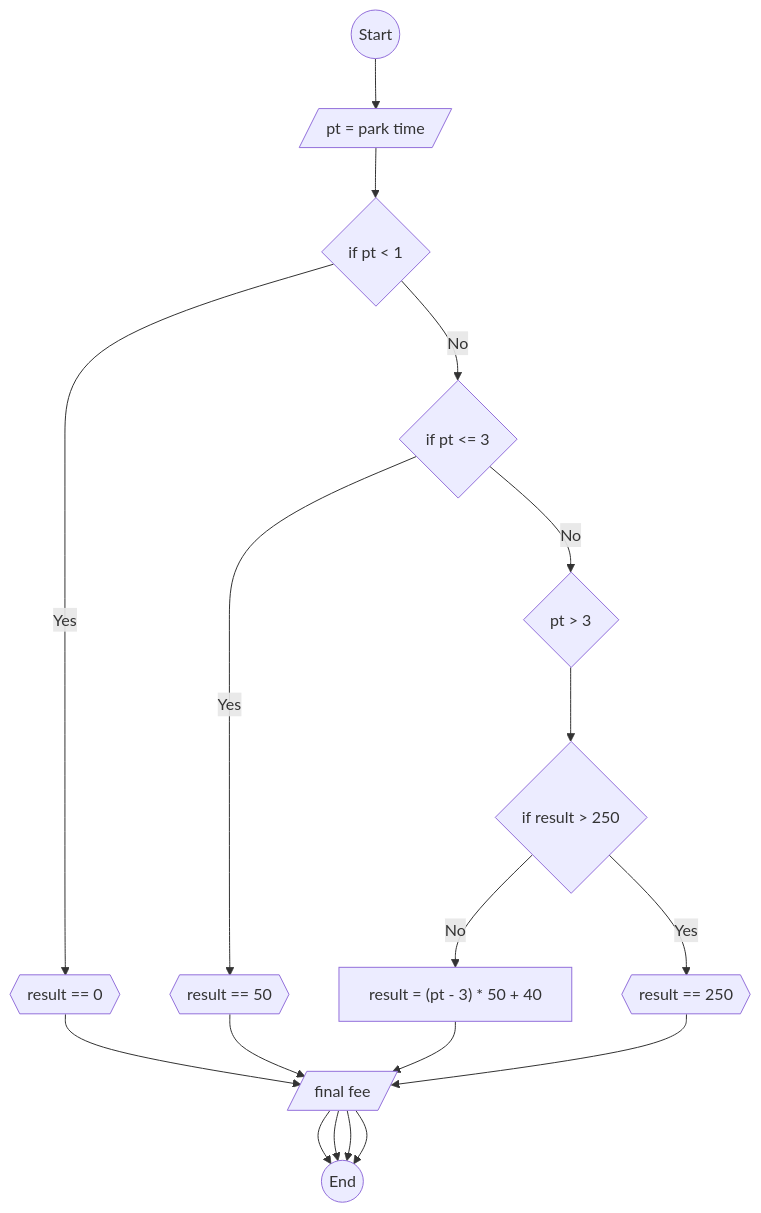
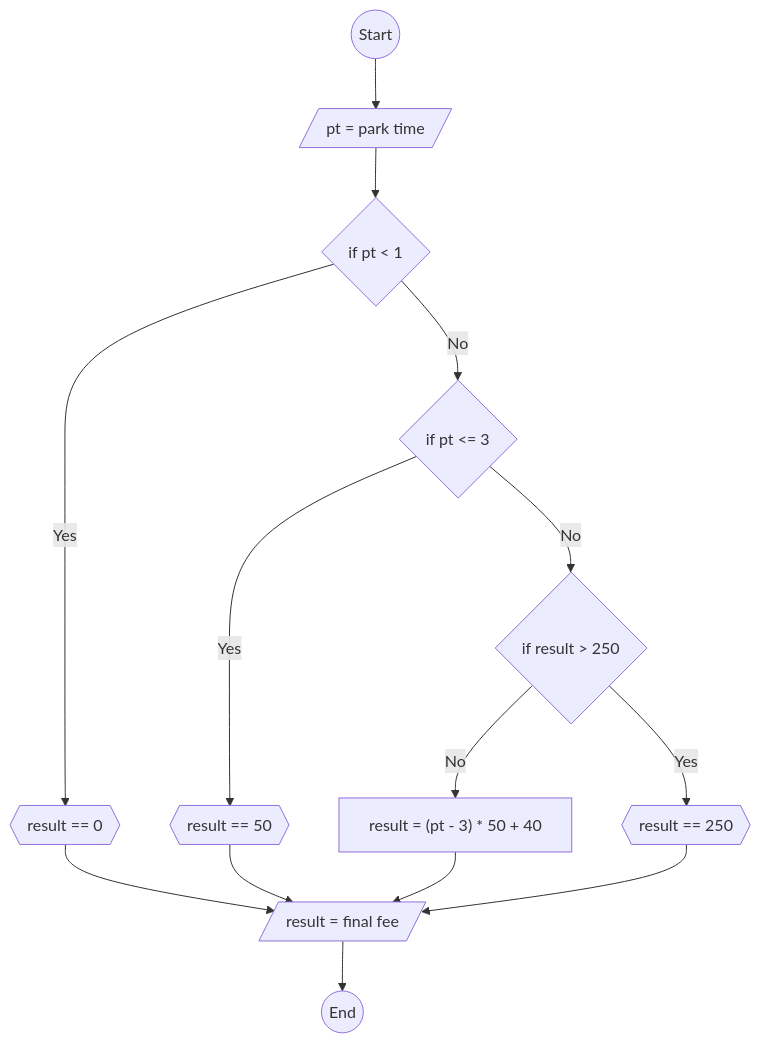
One commit to ihabau/Lexicon-lesson3-flowcharts changed the diagram in Exercise5.md. Above: the diagram before and after it, drawn with Mermaid. The commit also changed 1 other file, not shown here.

Commit message:
last touches

````diff
--- a/Exercise5.md
+++ b/Exercise5.md
@@ -37,12 +37,12 @@
 ```mermaid
 graph TD
 S((Start)) --> input[/pt = park time/]
 input -->pt0{if pt < 1} -- Yes --> res1{{result == 0}}
 pt0 -- No --> pt1{if pt <= 3} -- Yes --> res2{{result == 50}}
-pt1 -- No --> pt2{pt > 3} --> pt3{if result > 250} -- No --> res3["result = (pt - 3) * 50 + 40"]
+pt1 -- No --> pt3{if result > 250} -- No --> res3["result = (pt - 3) * 50 + 40"]
 pt3 -- Yes --> res4{{result == 250}}
-res1 --> out[/final fee/] --> E((End))
-res2 --> out[/final fee/] --> E((End))
-res3 --> out[/final fee/] --> E((End))
-res4 --> out[/final fee/] --> E((End))
+res1 --> out[/result = final fee/] --> E((End))
+res2 --> out
+res3 --> out
+res4 --> out
 ```
````
